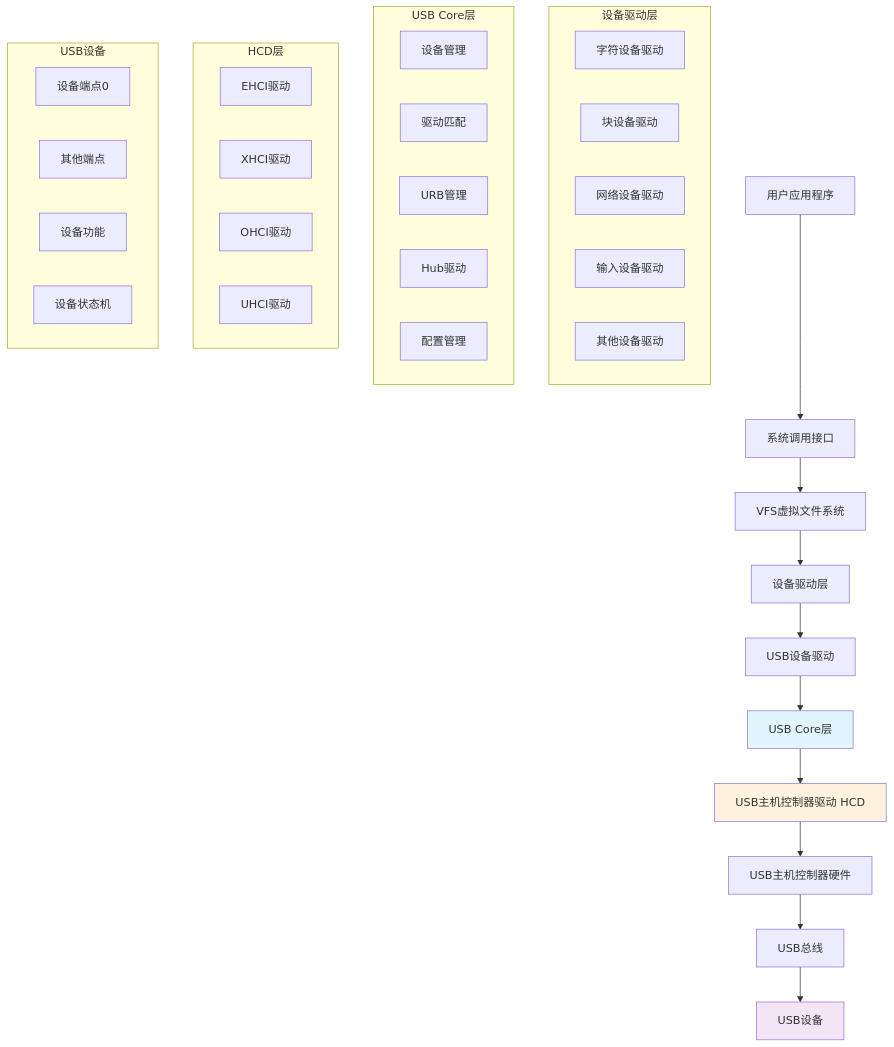
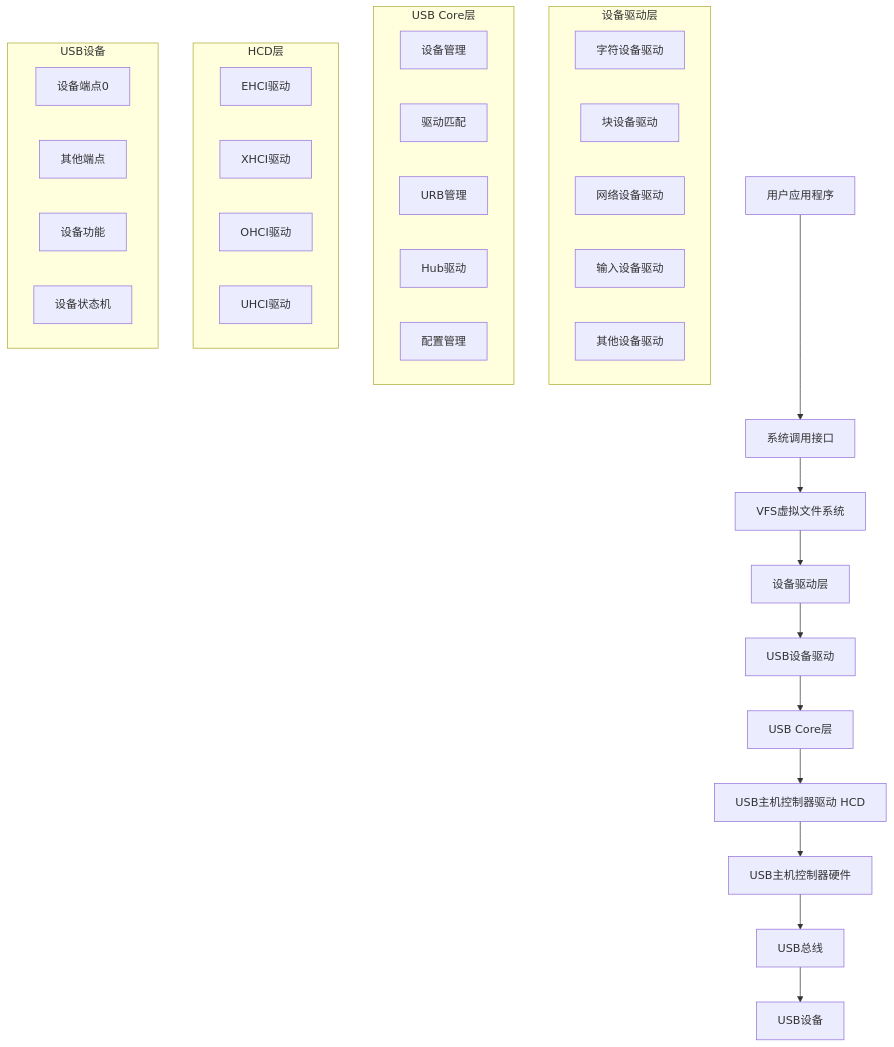
One commit to TbusOS/usb-learn changed the first of 21 diagrams in 08-USB架构图和流程图-可视化版.md. Above: the diagram before and after it, drawn with Mermaid. The commit also changed other lines of this file and 1 other file, not shown here.

````diff
--- a/08-USB架构图和流程图-可视化版.md
+++ b/08-USB架构图和流程图-可视化版.md
@@ -13,49 +13,47 @@
 ```mermaid
 graph TB
     A[用户应用程序] --> B[系统调用接口]
     B --> C[VFS虚拟文件系统]
     C --> D[设备驱动层]
     
     subgraph "设备驱动层"
         D1[字符设备驱动]
         D2[块设备驱动] 
         D3[网络设备驱动]
         D4[输入设备驱动]
         D5[其他设备驱动]
     end
     
     D --> E[USB设备驱动]
     E --> F[USB Core层]
     
     subgraph "USB Core层"
         F1[设备管理]
         F2[驱动匹配]
         F3[URB管理]
         F4[Hub驱动]
         F5[配置管理]
     end
     
     F --> G[USB主机控制器驱动 HCD]
     
     subgraph "HCD层"
         G1[EHCI驱动]
         G2[XHCI驱动] 
         G3[OHCI驱动]
         G4[UHCI驱动]
     end
     
     G --> H[USB主机控制器硬件]
     H --> I[USB总线]
     I --> J[USB设备]
     
     subgraph "USB设备"
         J1[设备端点0]
         J2[其他端点]
         J3[设备功能]
         J4[设备状态机]
     end
     
-    style F fill:#e1f5fe
-    style G fill:#fff3e0
-    style J fill:#f3e5f5
+
 ```
````
